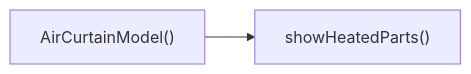
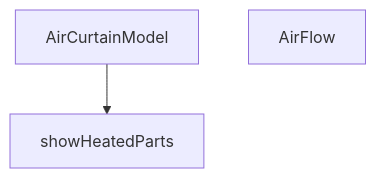
One commit to peckop/venthub-hvac-esite changed the diagram in src/components/products/3d/types/AirCurtainModel.md. Above: the diagram before and after it, drawn with Mermaid. The commit also changed other lines of this file and 488 other files, not shown here.

````diff
--- a/src/components/products/3d/types/AirCurtainModel.md
+++ b/src/components/products/3d/types/AirCurtainModel.md
@@ -135,4 +127,7 @@
 ```mermaid
-graph LR
-    AirCurtainModel["AirCurtainModel()"] --> showHeatedParts["showHeatedParts()"]
+graph TD
+    AirCurtainModel_tsx__AirCurtainModel["AirCurtainModel"]
+    AirCurtainModel_tsx__AirFlow["AirFlow"]
+    AirCurtainModel_tsx__showHeatedParts["showHeatedParts"]
+    AirCurtainModel_tsx__AirCurtainModel --> AirCurtainModel_tsx__showHeatedParts
 ```
````
